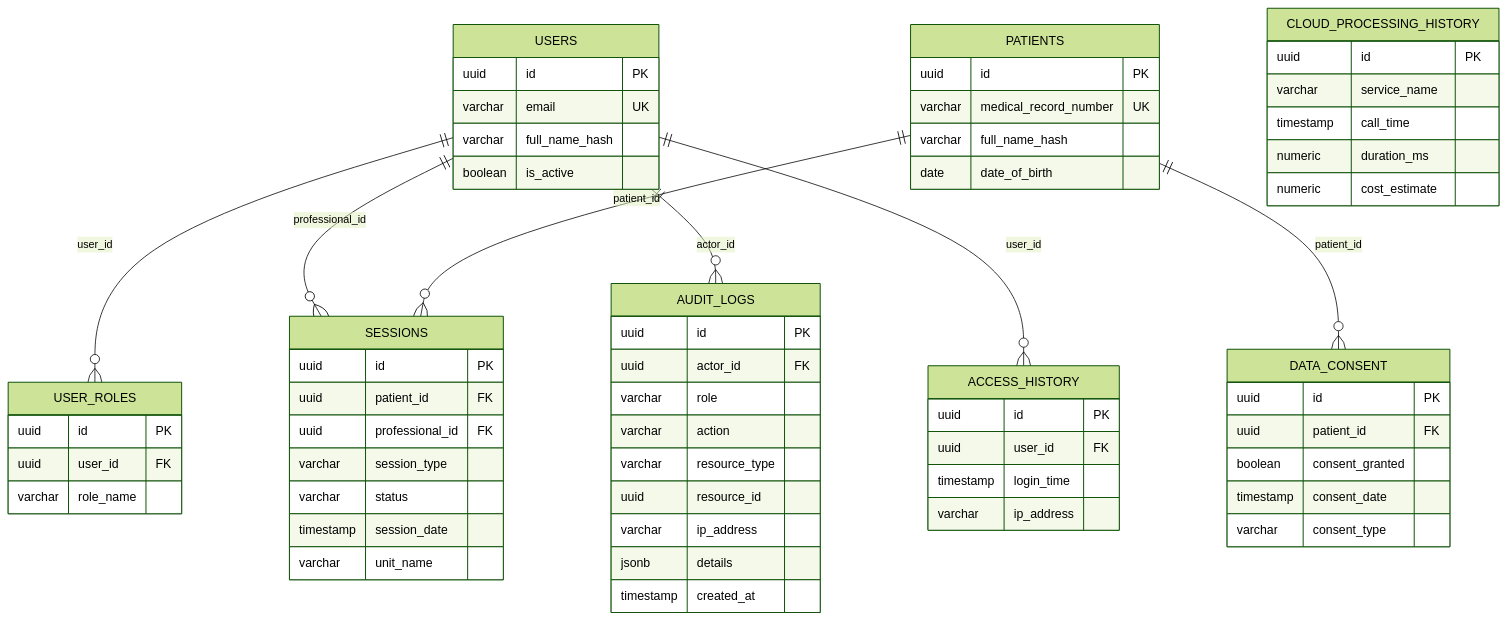
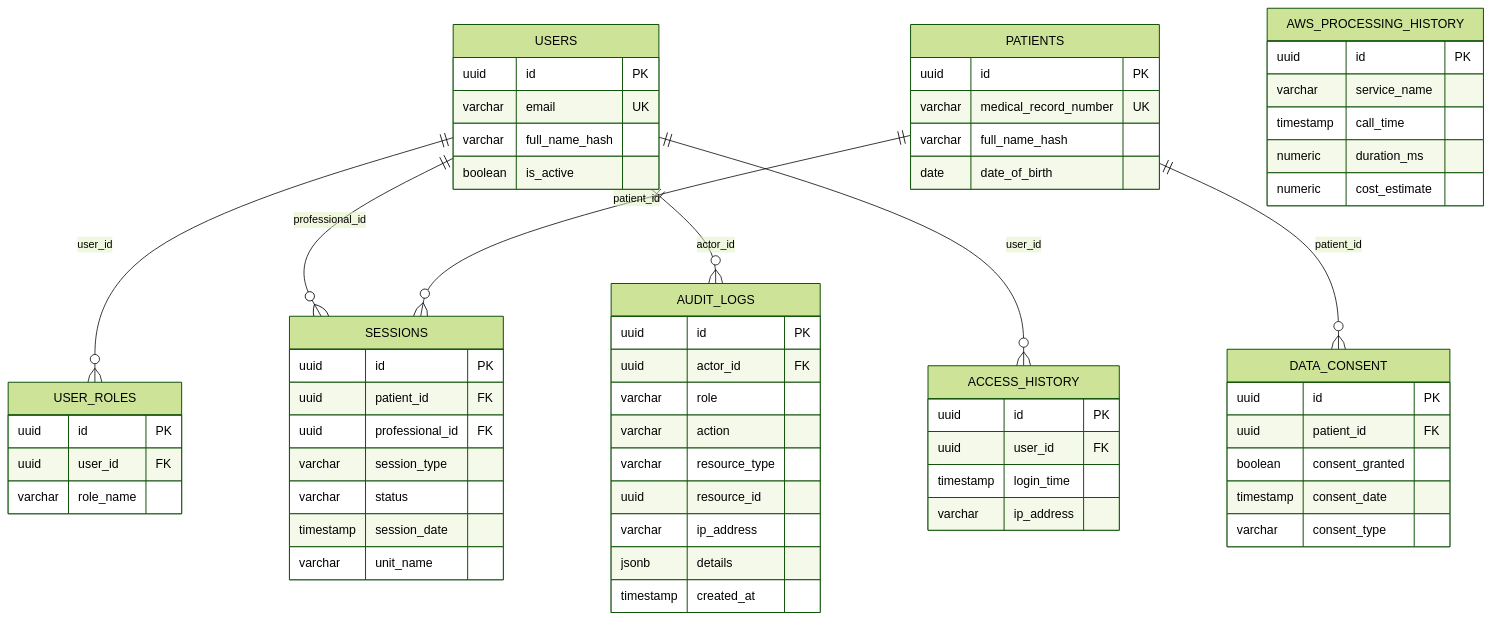
Before and after one commit to Wallace82/guardia-parto-seguro: the diagram in docs/DATABASE.md, drawn with Mermaid (forest theme). The commit also changed other lines of this file and 12 other files, not shown here.

Commit message:
docs: add project architectural, environmental, and planning documentation to the repository

````diff
--- a/docs/DATABASE.md
+++ b/docs/DATABASE.md
@@ -26,74 +26,74 @@
 ```mermaid
 erDiagram
     USERS {
         uuid id PK
         varchar email UK
         varchar full_name_hash
         boolean is_active
     }
 
     USER_ROLES {
         uuid id PK
         uuid user_id FK
         varchar role_name
     }
 
     SESSIONS {
         uuid id PK
         uuid patient_id FK
         uuid professional_id FK
         varchar session_type
         varchar status
         timestamp session_date
         varchar unit_name
     }
 
     PATIENTS {
         uuid id PK
         varchar medical_record_number UK
         varchar full_name_hash
         date date_of_birth
     }
 
     DATA_CONSENT {
         uuid id PK
         uuid patient_id FK
         boolean consent_granted
         timestamp consent_date
         varchar consent_type
     }
 
     AUDIT_LOGS {
         uuid id PK
         uuid actor_id FK
         varchar role
         varchar action
         varchar resource_type
         uuid resource_id
         varchar ip_address
         jsonb details
         timestamp created_at
     }
 
     ACCESS_HISTORY {
         uuid id PK
         uuid user_id FK
         timestamp login_time
         varchar ip_address
     }
 
-    CLOUD_PROCESSING_HISTORY {
+    AWS_PROCESSING_HISTORY {
         uuid id PK
         varchar service_name
         timestamp call_time
         numeric duration_ms
         numeric cost_estimate
     }
 
     USERS ||--o{ USER_ROLES : "user_id"
     USERS ||--o{ SESSIONS : "professional_id"
     PATIENTS ||--o{ SESSIONS : "patient_id"
     PATIENTS ||--o{ DATA_CONSENT : "patient_id"
     USERS ||--o{ AUDIT_LOGS : "actor_id"
     USERS ||--o{ ACCESS_HISTORY : "user_id"
 ```
````
